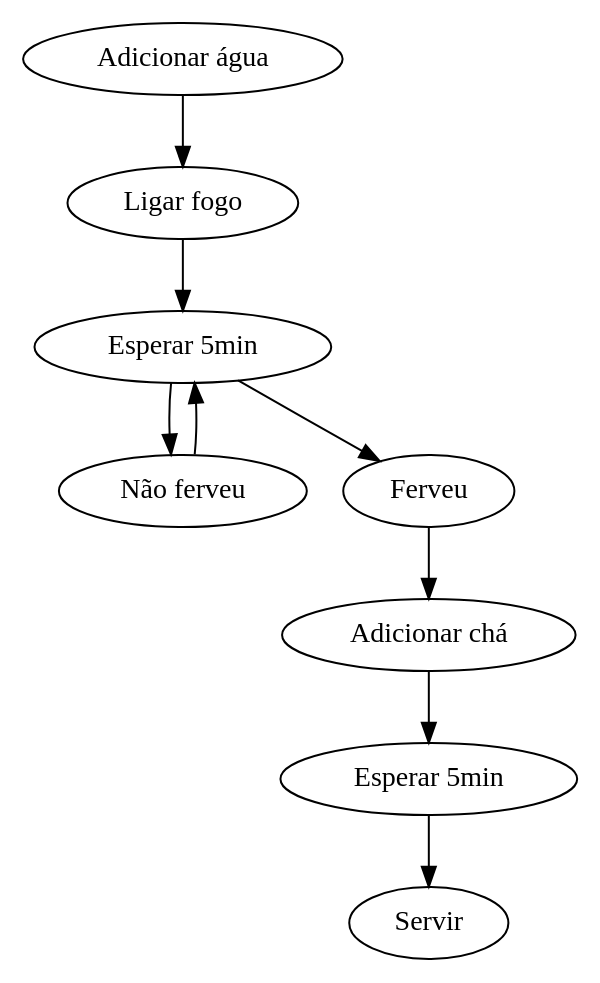
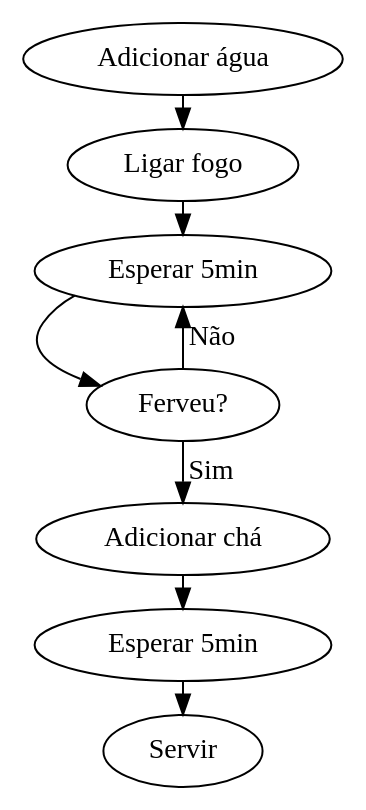
One commit to EAxxx/EA879-2017s2 changed the diagram in aulas/03/dot/fluxo1.dot. Above: the diagram before and after it, drawn with Graphviz. The commit also changed 2 other files, not shown here.

```diff
--- a/aulas/03/dot/fluxo1.dot
+++ b/aulas/03/dot/fluxo1.dot
@@ -1,20 +1,20 @@
 digraph G {
-
+  graph [nodesep="4", ranksep="0.2"]
   "Adicionar água" -> "Ligar fogo"
   "Ligar fogo" -> "Esperar 5min"
- "Esperar 5min" -> "Não ferveu"
-  "Esperar 5min" -> "Ferveu"
+  "Esperar 5min" -> "Ferveu?"
 
-"Não ferveu" -> "Esperar 5min"
+"Ferveu?" -> "Esperar 5min" [label="Não"]
+
 
 //  "Esperar 5min" -> "Verificar fervura"
 //  "Verificar fervura" -> "Ferveu?"
 //  "Ferveu?" -> "Esperar 5min" [label="Não", color="red"]
 //  "Ferveu?" -> "Adicionar chá" [label="Sim", color="blue"]
- "Ferveu" -> "Adicionar chá"
+ "Ferveu?" -> "Adicionar chá" [label="Sim"]
   A [label="Esperar 5min"]
   "Adicionar chá" -> A
   A -> "Servir"
 
 
 }
```
